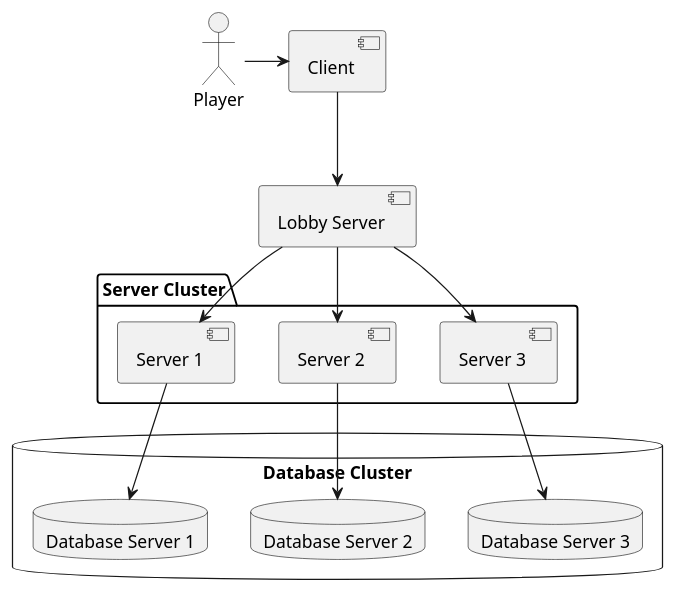
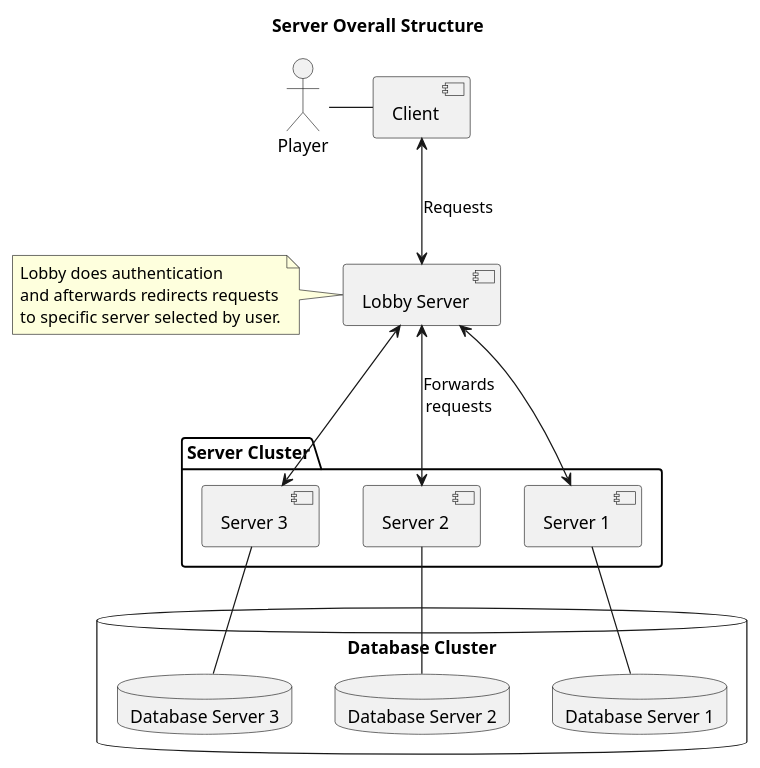
The diagram in docs/service_structure/server/server_overall_structure.pu (ClementLevi/GoFA-Remake), drawn with PlantUML before and after one commit. The commit also changed 10 other files, not shown here.

```diff
--- a/docs/service_structure/server/server_overall_structure.pu
+++ b/docs/service_structure/server/server_overall_structure.pu
@@ -1,28 +1,38 @@
-@startuml server overall structure
+@startuml Server Overall Structure
+title Server Overall Structure
 actor Player
 component Client
 component "Lobby Server" as LBS
 package "Server Cluster"  {
 component "Server 3" as s3
 component "Server 2" as s2
 component "Server 1" as s1
 }
 
 database "Database Cluster" {
     database "Database Server 3" as db3
     database "Database Server 2" as db2
     database "Database Server 1" as db1
 }
+' note top of db1
+' Databases are separated from the
+' servers but still logically collaborating
+' and corelated.
+' end note
 
-Player -> Client
-Client --> LBS
+Player - Client
+Client <--> LBS: Requests
+note left of LBS
+Lobby does authentication
+and afterwards redirects requests
+to specific server selected by user.
+end note
+LBS <--> s3
+LBS <--> s2 : Forwards\nrequests
+LBS <--> s1
 
-LBS --> s3
-LBS --> s2
-LBS --> s1
-
-s3 --> db3
-s2 --> db2
-s1 --> db1
+s3 -- db3
+s2 -- db2
+s1 -- db1
 
 @enduml
```
